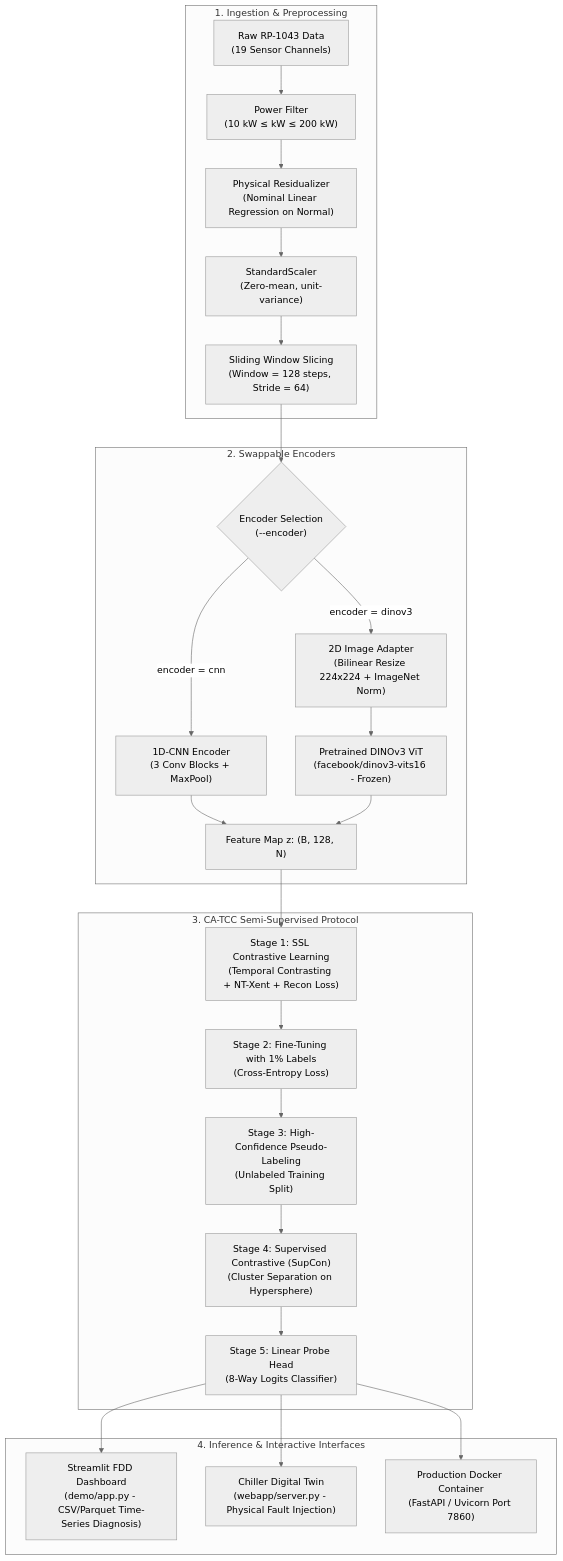
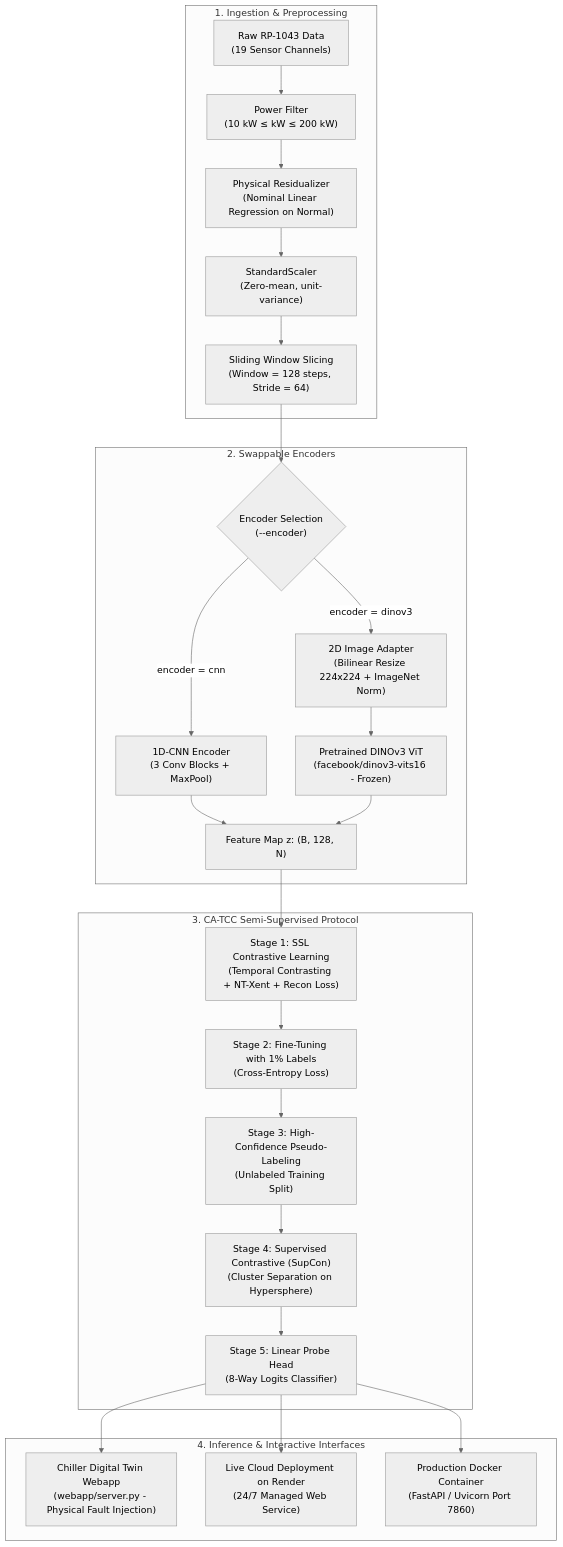
One commit to kizzzbk/Fault-detection-and-Severity-assessment-Platform-for-Chiller-Systems changed the diagram in README.md. Above: the diagram before and after it, drawn with Mermaid (neutral theme). The commit also changed other lines of this file and 7 other files, not shown here.

Commit message:
delete streamlit demo

````diff
--- a/README.md
+++ b/README.md
@@ -77,32 +77,32 @@
 ```mermaid
 flowchart TD
     subgraph DataPipeline["1. Ingestion & Preprocessing"]
         A["Raw RP-1043 Data<br/>(19 Sensor Channels)"] --> B["Power Filter<br/>(10 kW ≤ kW ≤ 200 kW)"]
         B --> C["Physical Residualizer<br/>(Nominal Linear Regression on Normal)"]
         C --> D["StandardScaler<br/>(Zero-mean, unit-variance)"]
         D --> E["Sliding Window Slicing<br/>(Window = 128 steps, Stride = 64)"]
     end
 
     subgraph Encoders["2. Swappable Encoders"]
         E --> F{"Encoder Selection<br/>(--encoder)"}
         F -->|"encoder = cnn"| G["1D-CNN Encoder<br/>(3 Conv Blocks + MaxPool)"]
         F -->|"encoder = dinov3"| H["2D Image Adapter<br/>(Bilinear Resize 224x224 + ImageNet Norm)"]
         H --> I["Pretrained DINOv3 ViT<br/>(facebook/dinov3-vits16 - Frozen)"]
         G --> J["Feature Map z: (B, 128, N)"]
         I --> J
     end
 
     subgraph LearningPipeline["3. CA-TCC Semi-Supervised Protocol"]
         J --> K["Stage 1: SSL Contrastive Learning<br/>(Temporal Contrasting + NT-Xent + Recon Loss)"]
         K --> L["Stage 2: Fine-Tuning with 1% Labels<br/>(Cross-Entropy Loss)"]
         L --> M["Stage 3: High-Confidence Pseudo-Labeling<br/>(Unlabeled Training Split)"]
         M --> N["Stage 4: Supervised Contrastive (SupCon)<br/>(Cluster Separation on Hypersphere)"]
         N --> O["Stage 5: Linear Probe Head<br/>(8-Way Logits Classifier)"]
     end
 
     subgraph Deployment["4. Inference & Interactive Interfaces"]
-        O --> P["Streamlit FDD Dashboard<br/>(demo/app.py - CSV/Parquet Time-Series Diagnosis)"]
-        O --> Q["Chiller Digital Twin<br/>(webapp/server.py - Physical Fault Injection)"]
+        O --> P["Chiller Digital Twin Webapp<br/>(webapp/server.py - Physical Fault Injection)"]
+        O --> Q["Live Cloud Deployment on Render<br/>(24/7 Managed Web Service)"]
         O --> R["Production Docker Container<br/>(FastAPI / Uvicorn Port 7860)"]
     end
 ```
````
